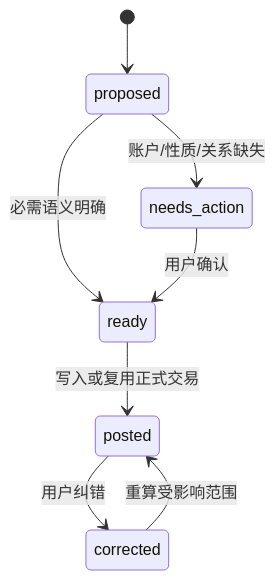
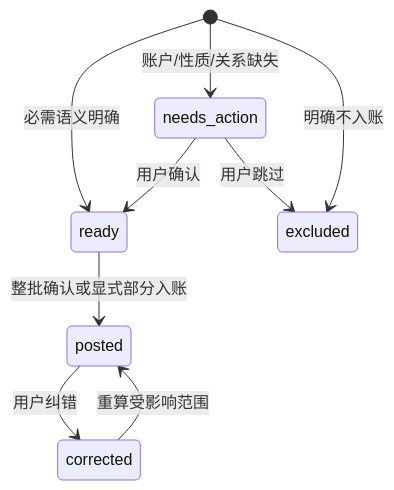
Before and after one commit to gaohongxiang/catledger: the second of 3 diagrams in docs/个人财务架构设计.md, drawn with Mermaid. The commit also changed other lines of this file and 3 other files, not shown here.

```diff
--- a/docs/个人财务架构设计.md
+++ b/docs/个人财务架构设计.md
@@ -82,10 +98,11 @@
 ~~~mermaid
 stateDiagram-v2
-    [*] --> proposed
-    proposed --> ready: 必需语义明确
-    proposed --> needs_action: 账户/性质/关系缺失
-    ready --> posted: 写入或复用正式交易
+    [*] --> ready: 必需语义明确
+    [*] --> needs_action: 账户/性质/关系缺失
+    [*] --> excluded: 明确不入账
+    ready --> posted: 整批确认或显式部分入账
     needs_action --> ready: 用户确认
+    needs_action --> excluded: 用户跳过
     posted --> corrected: 用户纠错
     corrected --> posted: 重算受影响范围
 ~~~
```
